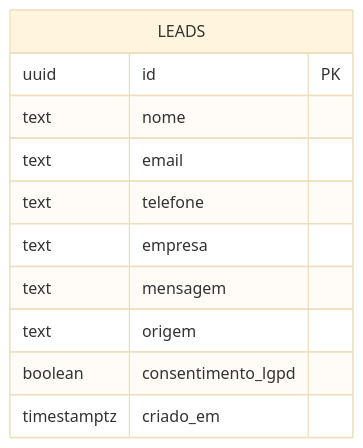
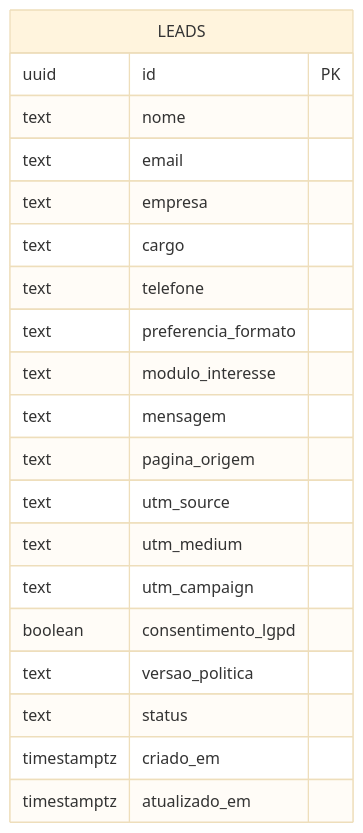
Before and after one commit to Black-River-Consultoria-Logistica/site-black-river: the diagram in docs/SCHEMA.md, drawn with Mermaid (base theme). The commit also changed other lines of this file and 10 other files, not shown here.

First line of the commit message:
fase 1: planejamento aprovado (concorrentes, brief, app flow, design, schema, plano)

````diff
--- a/docs/SCHEMA.md
+++ b/docs/SCHEMA.md
@@ -14,14 +50,23 @@
 ```mermaid
 erDiagram
     LEADS {
         uuid id PK
         text nome
         text email
+        text empresa
+        text cargo
         text telefone
-        text empresa
+        text preferencia_formato
+        text modulo_interesse
         text mensagem
-        text origem
+        text pagina_origem
+        text utm_source
+        text utm_medium
+        text utm_campaign
         boolean consentimento_lgpd
+        text versao_politica
+        text status
         timestamptz criado_em
+        timestamptz atualizado_em
     }
 ```
````
